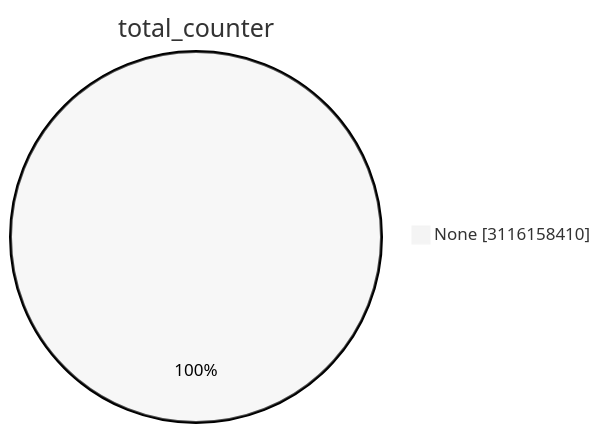
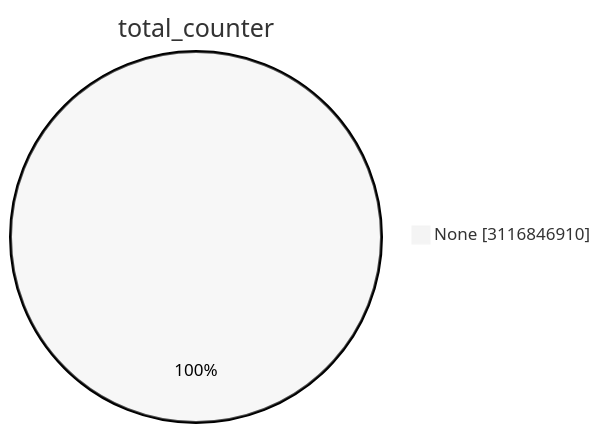
The first of 15 diagrams in TOTAL/README.md (christiankrug/ctmonitor_visualization), drawn with Mermaid (neutral theme) before and after one commit. The commit also changed other lines of this file, not shown here.

````diff
--- a/TOTAL/README.md
+++ b/TOTAL/README.md
@@ -1,5 +1,5 @@
 ```mermaid
 pie showData
 title total_counter
-"None" :3116158410
+"None" :3116846910
 ```
````
